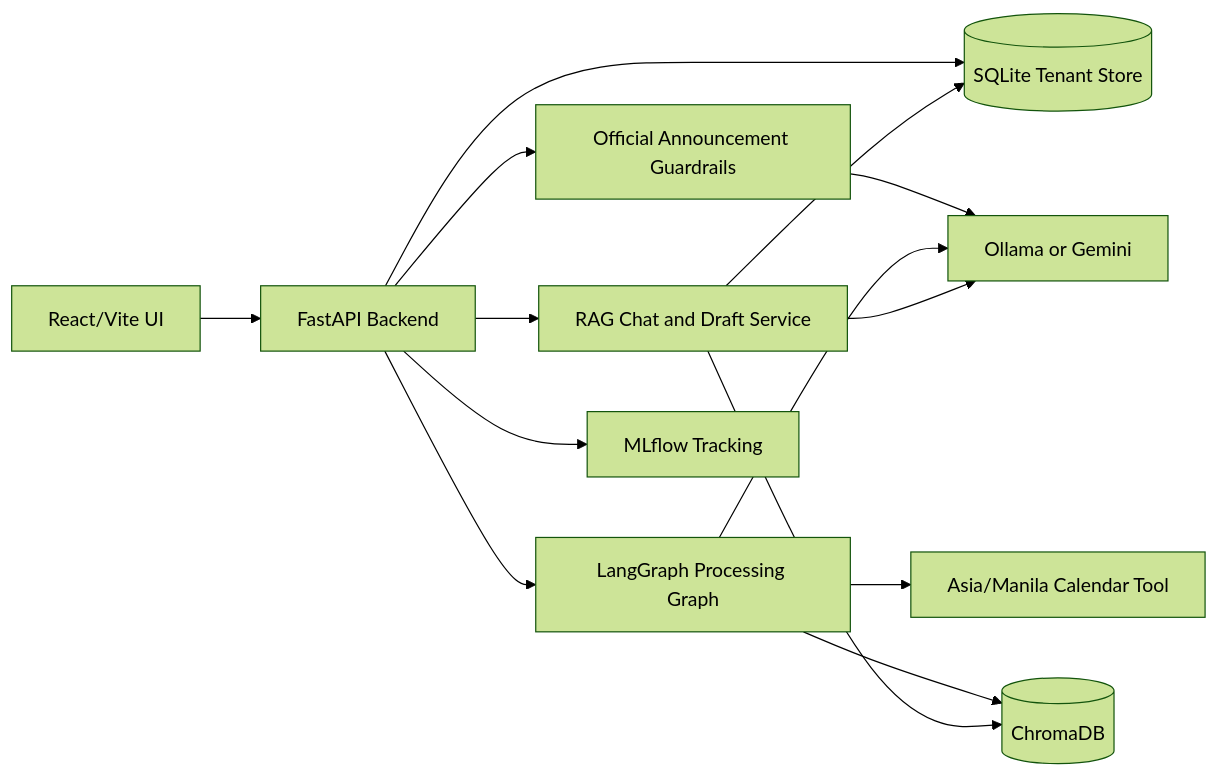
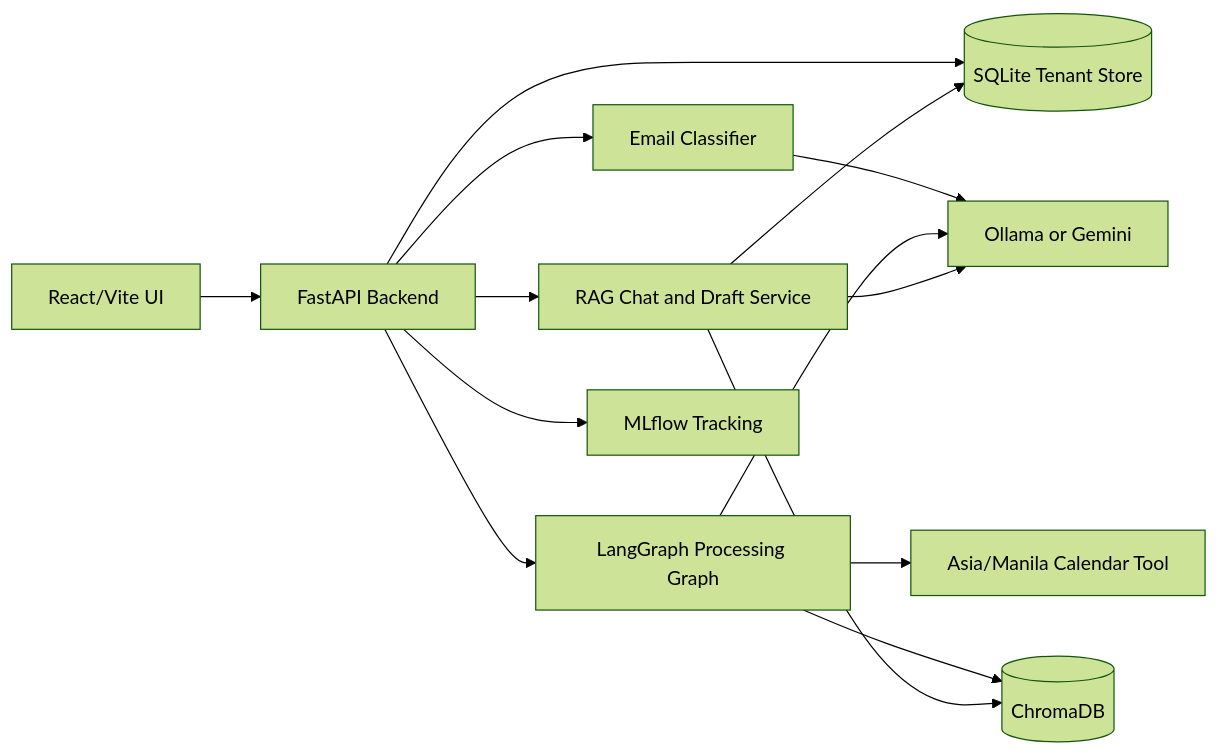
Before and after one commit to aaaaandreiii/SwiftMemo_STAI1000: the diagram in README.md, drawn with Mermaid (forest theme). The commit also changed other lines of this file and 20 other files, not shown here.

````diff
--- a/README.md
+++ b/README.md
@@ -48,16 +48,16 @@
 ```mermaid
 flowchart LR
     UI[React/Vite UI] --> API[FastAPI Backend]
     API --> SQLite[(SQLite Tenant Store)]
-    API --> Guardrails[Official Announcement Guardrails]
+    API --> Classifier[Email Classifier]
     API --> Agent[LangGraph Processing Graph]
     API --> Chat[RAG Chat and Draft Service]
     Agent --> Calendar[Asia/Manila Calendar Tool]
     Agent --> Chroma[(ChromaDB)]
     Chat --> Chroma
     Chat --> SQLite
-    Guardrails --> LLM[Ollama or Gemini]
+    Classifier --> LLM[Ollama or Gemini]
     Agent --> LLM
     Chat --> LLM
     API --> MLflow[MLflow Tracking]
 ```
````
